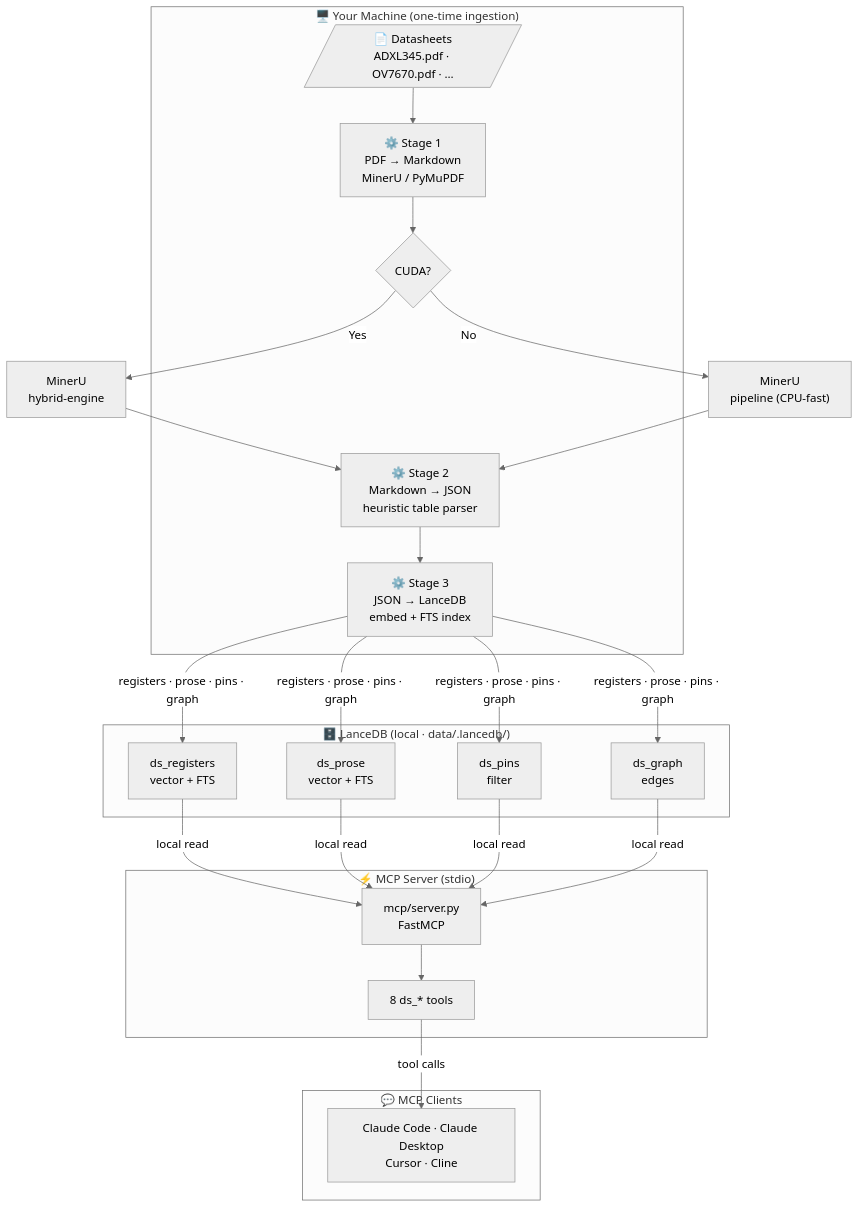
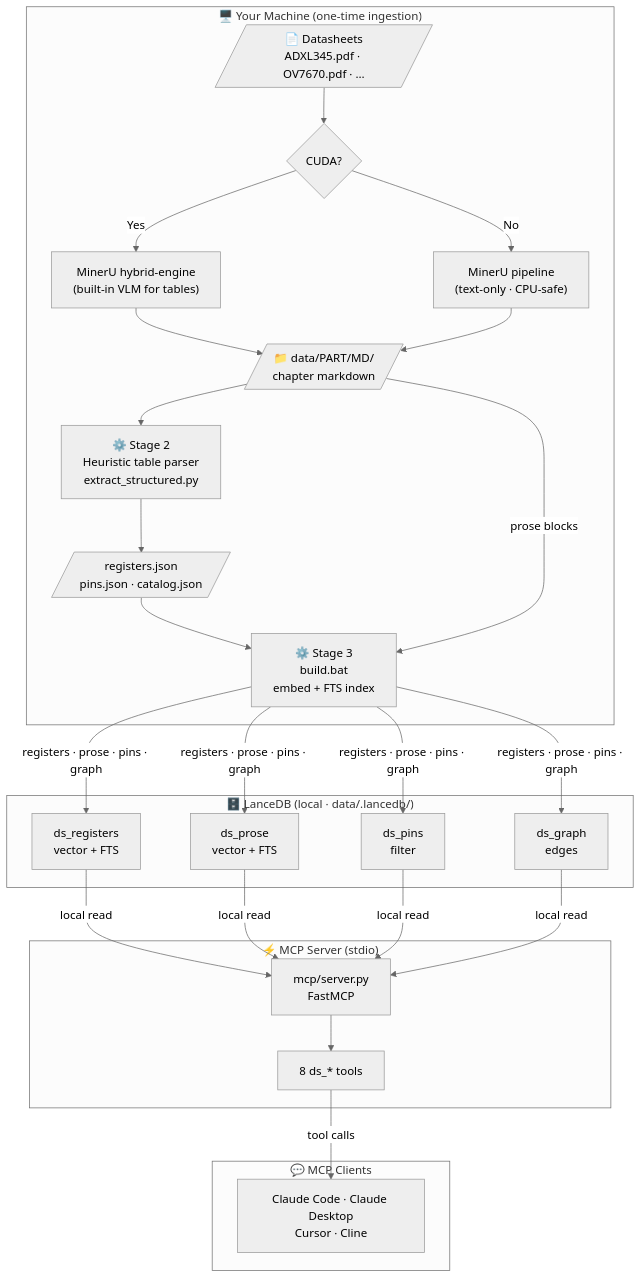
One commit to hungnguyen1503/datasheet-mcp changed the first of 3 diagrams in README.md. Above: the diagram before and after it, drawn with Mermaid (neutral theme). The commit also changed other lines of this file and 1 other file, not shown here.

Commit message:
docs: fix architecture diagram, add timing guide, clarify no CLIP/Qwen

````diff
--- a/README.md
+++ b/README.md
@@ -11,35 +11,38 @@
 ```mermaid
 graph TB
     subgraph Build["🖥️ Your Machine  (one-time ingestion)"]
         PDF[/"📄 Datasheets<br/>ADXL345.pdf · OV7670.pdf · …"/]
-        S1["⚙️ Stage 1<br/>PDF → Markdown<br/>MinerU / PyMuPDF"]
-        S2["⚙️ Stage 2<br/>Markdown → JSON<br/>heuristic table parser"]
-        S3["⚙️ Stage 3<br/>JSON → LanceDB<br/>embed + FTS index"]
         GPU{"CUDA?"}
+        S1H["MinerU hybrid-engine<br/>(built-in VLM for tables)"]
+        S1P["MinerU pipeline<br/>(text-only · CPU-safe)"]
+        MD[/"📁 data/PART/MD/<br/>chapter markdown"/]
+        S2["⚙️ Stage 2<br/>Heuristic table parser<br/>extract_structured.py"]
+        JSON[/"registers.json<br/>pins.json · catalog.json"/]
+        S3["⚙️ Stage 3<br/>build.bat<br/>embed + FTS index"]
     end
 
     subgraph DB["🗄️ LanceDB  (local · data/.lancedb/)"]
         R["ds_registers<br/>vector + FTS"]
         P["ds_prose<br/>vector + FTS"]
         PI["ds_pins<br/>filter"]
         G["ds_graph<br/>edges"]
     end
 
     subgraph Server["⚡ MCP Server  (stdio)"]
         SRV["mcp/server.py<br/>FastMCP"]
         TOOLS["8 ds_* tools"]
     end
 
     subgraph Clients["💬 MCP Clients"]
         CLI["Claude Code · Claude Desktop<br/>Cursor · Cline"]
     end
 
-    PDF --> S1
-    S1 --> GPU
-    GPU -- "Yes" --> S1H["MinerU<br/>hybrid-engine"]
-    GPU -- "No" --> S1P["MinerU<br/>pipeline (CPU-fast)"]
-    S1H & S1P --> S2 --> S3
+    PDF --> GPU
+    GPU -- "Yes" --> S1H --> MD
+    GPU -- "No"  --> S1P --> MD
+    MD --> S2 --> JSON --> S3
+    MD -->|"prose blocks"| S3
     S3 -->|"registers · prose · pins · graph"| R & P & PI & G
     R & P & PI & G -->|"local read"| SRV
     SRV --> TOOLS -->|"tool calls"| CLI
 ```
````
